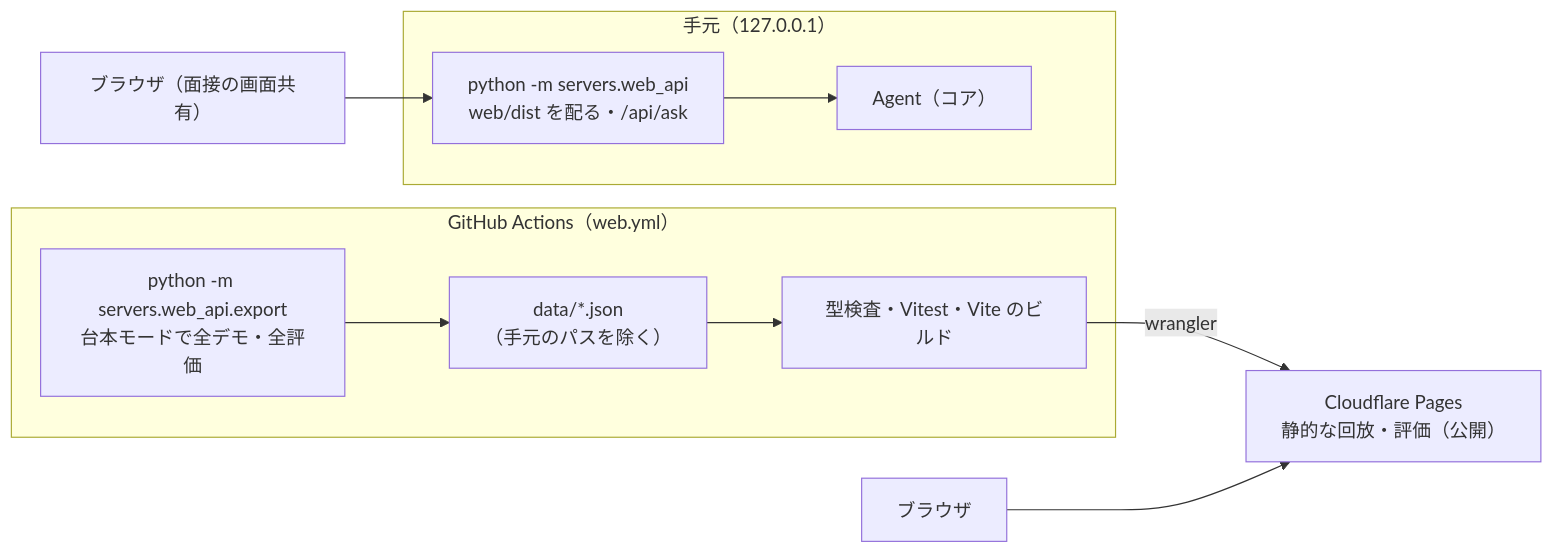
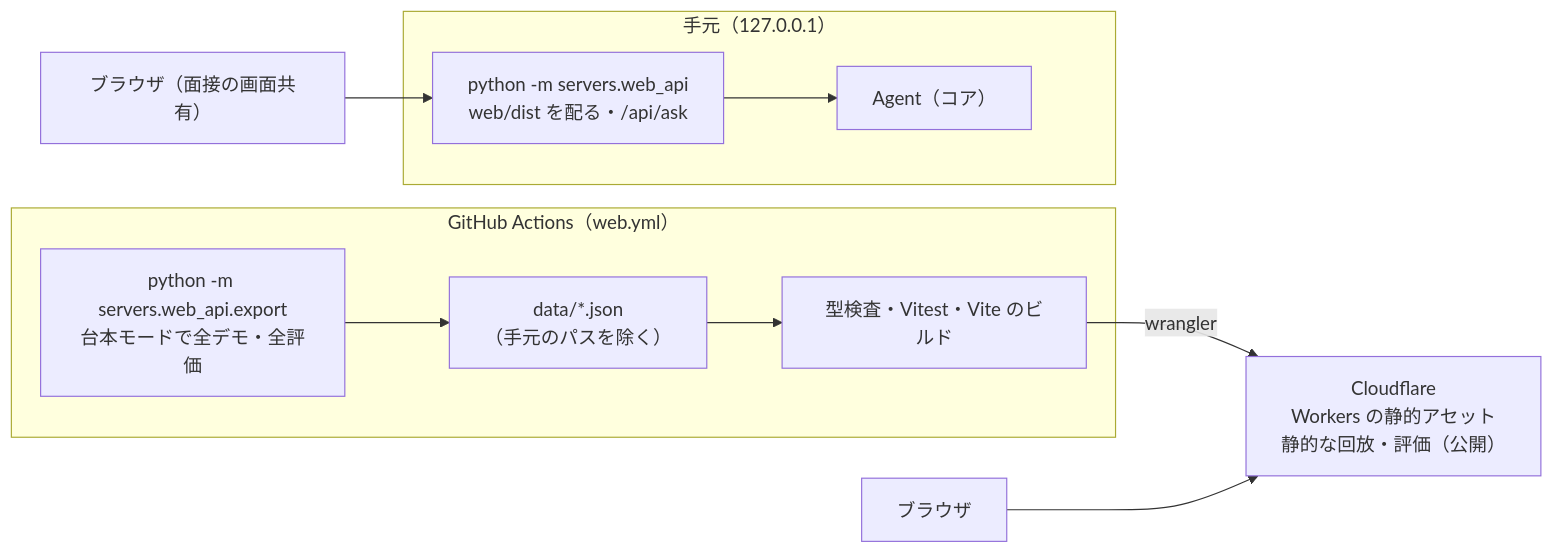
The third of 3 diagrams in docs/architecture.md (hexinlong9981/echolab), drawn with Mermaid before and after one commit. The commit also changed other lines of this file and 18 other files, not shown here.

First line of the commit message:
M5: Cloudflare への公開を Workers の静的アセット（wrangler deploy・web/wrangler.jsonc）に変更し、公開 URL を記載

````diff
--- a/docs/architecture.md
+++ b/docs/architecture.md
@@ -204,13 +204,13 @@
 ```mermaid
 flowchart LR
   subgraph CI["GitHub Actions（web.yml）"]
     EX["python -m servers.web_api.export<br/>台本モードで全デモ・全評価"] --> JSON["data/*.json<br/>（手元のパスを除く）"]
     JSON --> B["型検査・Vitest・Vite のビルド"]
   end
-  B -->|wrangler| CF["Cloudflare Pages<br/>静的な回放・評価（公開）"]
+  B -->|wrangler| CF["Cloudflare<br/>Workers の静的アセット<br/>静的な回放・評価（公開）"]
   subgraph LOCAL["手元（127.0.0.1）"]
     API["python -m servers.web_api<br/>web/dist を配る・/api/ask"] --> AG["Agent（コア）"]
   end
   BR["ブラウザ"] --> CF
   BR2["ブラウザ（面接の画面共有）"] --> API
 ```
````
